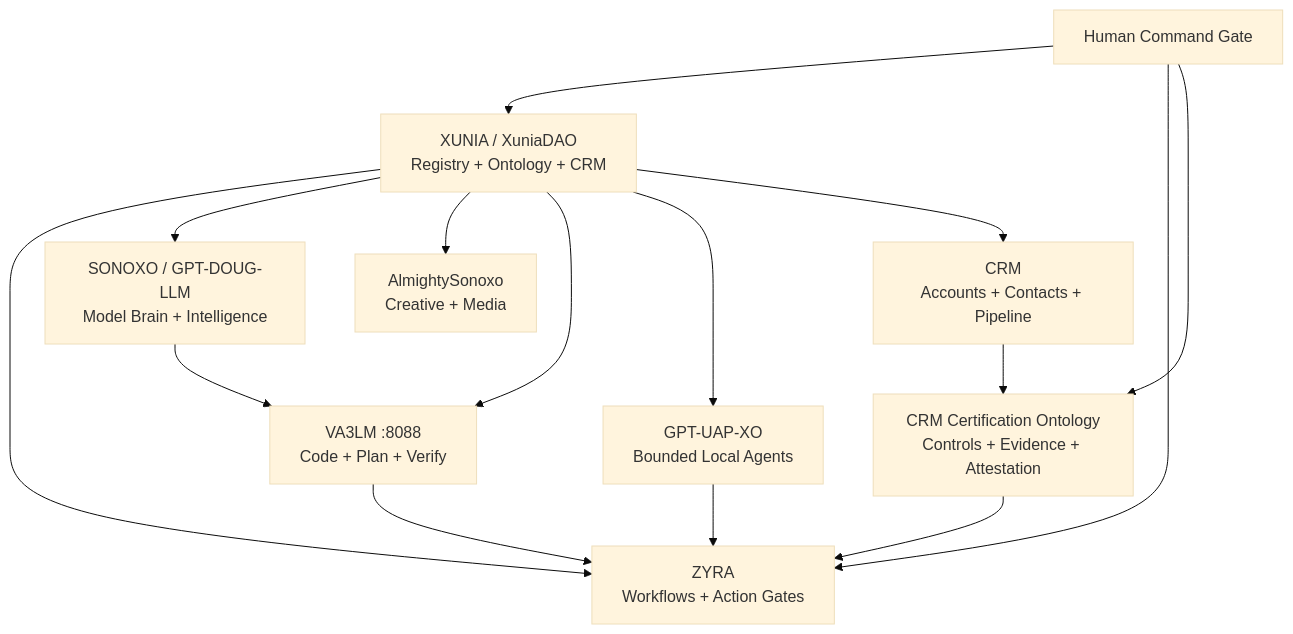
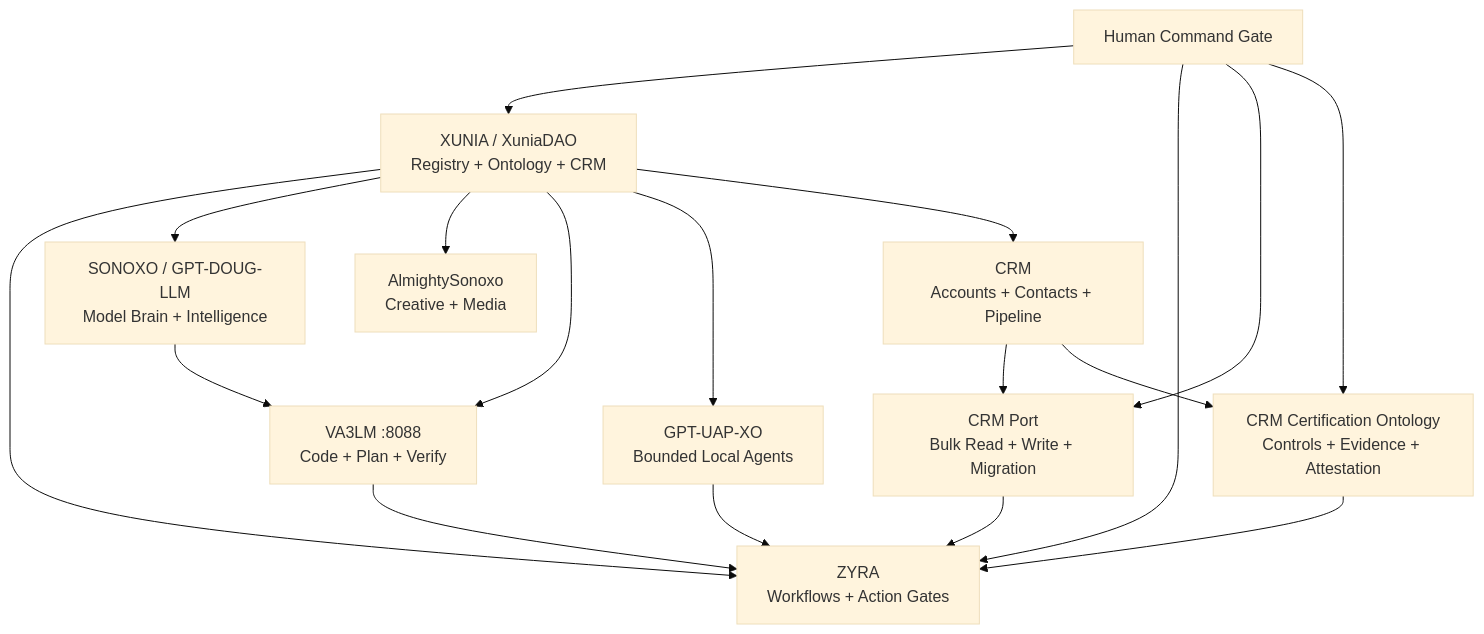
The diagram in README.md (sonoxo/xuniadao), drawn with Mermaid (base theme) before and after one commit. The commit also changed other lines of this file, not shown here.

Commit message:
docs: surface bulk CRM data porting

````diff
--- a/README.md
+++ b/README.md
@@ -32,27 +32,31 @@
 ```mermaid
 flowchart TD
     X[XUNIA / XuniaDAO\nRegistry + Ontology + CRM]
     Z[ZYRA\nWorkflows + Action Gates]
     S[SONOXO / GPT-DOUG-LLM\nModel Brain + Intelligence]
     A[AlmightySonoxo\nCreative + Media]
     V[VA3LM :8088\nCode + Plan + Verify]
     U[GPT-UAP-XO\nBounded Local Agents]
     C[CRM\nAccounts + Contacts + Pipeline]
+    P[CRM Port\nBulk Read + Write + Migration]
     CERT[CRM Certification Ontology\nControls + Evidence + Attestation]
     H[Human Command Gate]
 
     X --> Z
     X --> S
     X --> A
     X --> V
     X --> U
     X --> C
+    C --> P
     C --> CERT
+    P --> Z
     CERT --> Z
     S --> V
     V --> Z
     U --> Z
     H --> X
     H --> Z
+    H --> P
     H --> CERT
 ```
````
